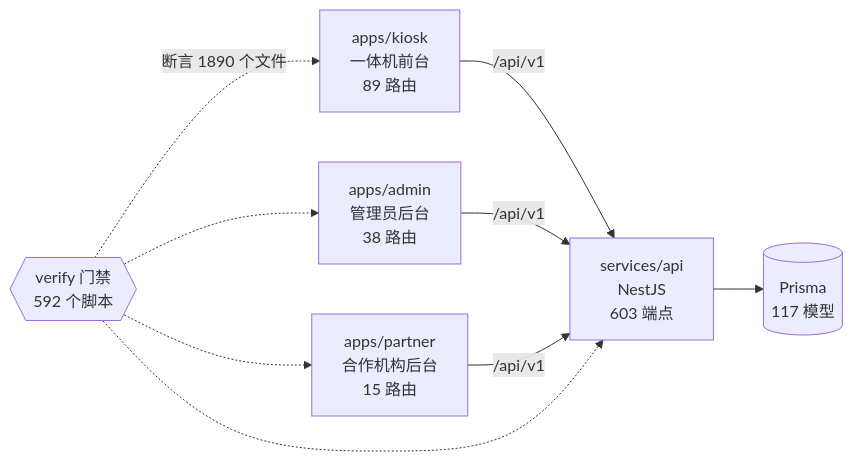
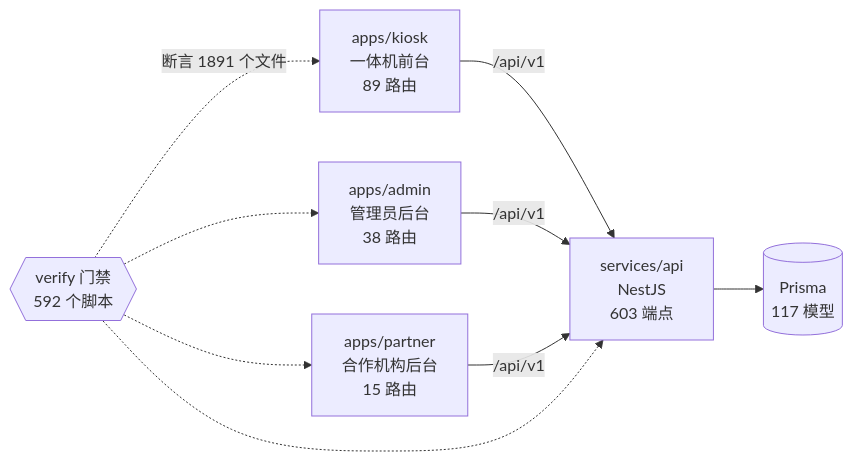
The diagram in docs/graph/README.md (wanglei581/YITIJI), drawn with Mermaid before and after one commit. The commit also changed other lines of this file and 4 other files, not shown here.

First line of the commit message:
docs(progress): 第 11 包补第二轮审查修改的记录，并重新生成项目图谱

````diff
--- a/docs/graph/README.md
+++ b/docs/graph/README.md
@@ -68,18 +68,18 @@
 ```mermaid
 flowchart LR
   kiosk["apps/kiosk<br/>一体机前台<br/>89 路由"]
   admin["apps/admin<br/>管理员后台<br/>38 路由"]
   partner["apps/partner<br/>合作机构后台<br/>15 路由"]
   api["services/api<br/>NestJS<br/>603 端点"]
   db[("Prisma<br/>117 模型")]
   gates{{"verify 门禁<br/>592 个脚本"}}
 
   kiosk -->|"/api/v1"| api
   admin -->|"/api/v1"| api
   partner -->|"/api/v1"| api
   api --> db
-  gates -.->|"断言 1890 个文件"| kiosk
+  gates -.->|"断言 1891 个文件"| kiosk
   gates -.-> admin
   gates -.-> partner
   gates -.-> api
 ```
````
